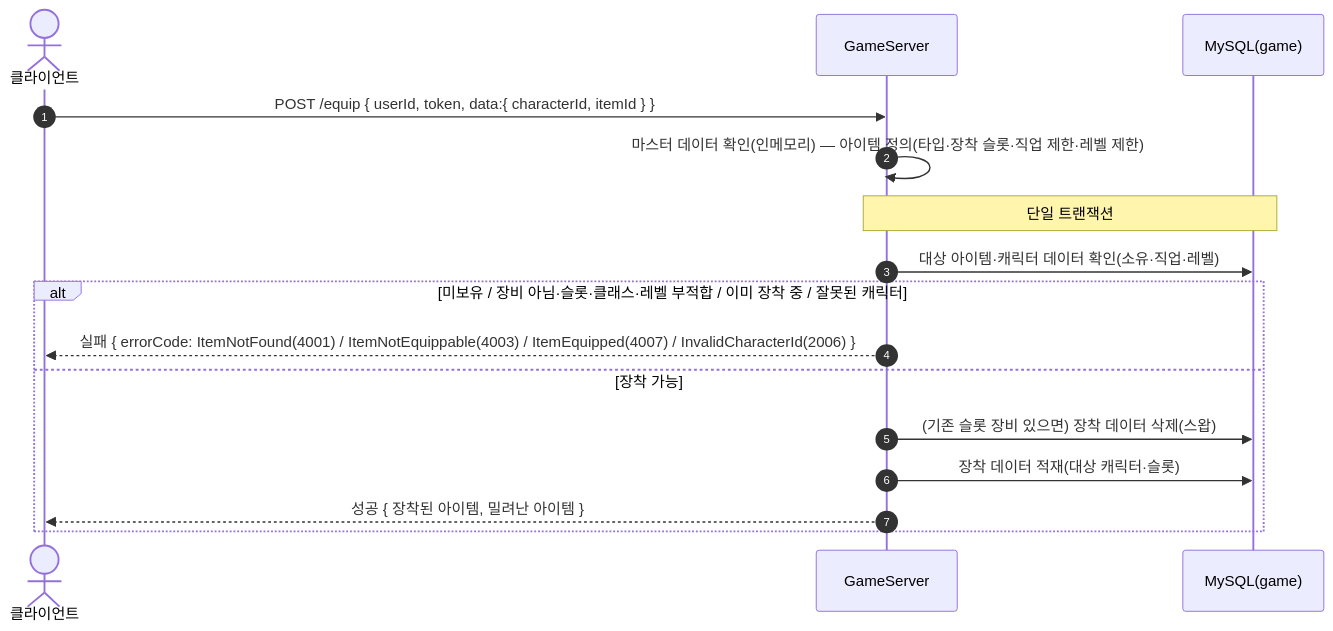
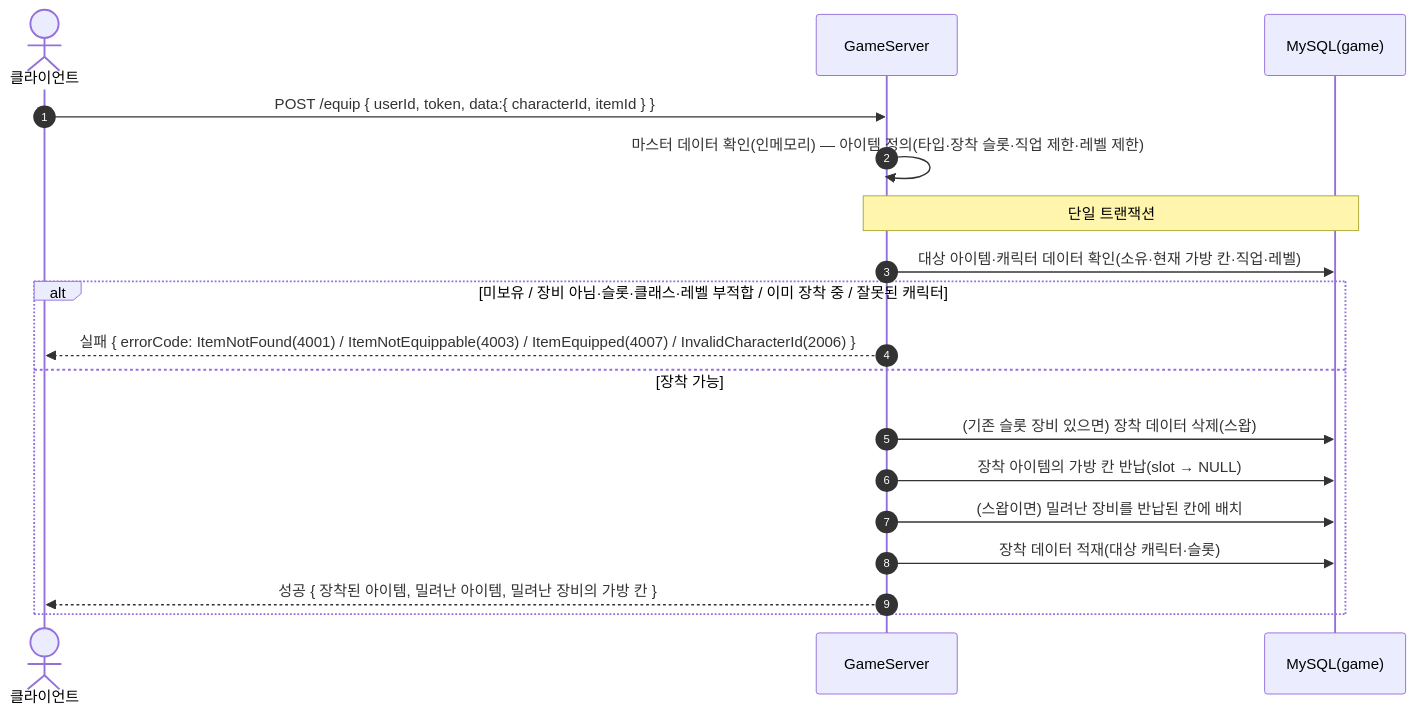
One commit to ks-wook/com2us-taskbar-hero changed diagram 11 of 32 in SequenceDiagram/README.md. Above: the diagram before and after it, drawn with Mermaid. The commit also changed other lines of this file and 33 other files, not shown here.

````diff
--- a/SequenceDiagram/README.md
+++ b/SequenceDiagram/README.md
@@ -326,19 +356,21 @@
 ```mermaid
 sequenceDiagram
     autonumber
     actor C as 클라이언트
     participant S as GameServer
     participant DB as MySQL(game)
 
     C->>S: POST /equip { userId, token, data:{ characterId, itemId } }
     S->>S: 마스터 데이터 확인(인메모리) — 아이템 정의(타입·장착 슬롯·직업 제한·레벨 제한)
     Note over S,DB: 단일 트랜잭션
-    S->>DB: 대상 아이템·캐릭터 데이터 확인(소유·직업·레벨)
+    S->>DB: 대상 아이템·캐릭터 데이터 확인(소유·현재 가방 칸·직업·레벨)
     alt 미보유 / 장비 아님·슬롯·클래스·레벨 부적합 / 이미 장착 중 / 잘못된 캐릭터
         S-->>C: 실패 { errorCode: ItemNotFound(4001) / ItemNotEquippable(4003) / ItemEquipped(4007) / InvalidCharacterId(2006) }
     else 장착 가능
         S->>DB: (기존 슬롯 장비 있으면) 장착 데이터 삭제(스왑)
+        S->>DB: 장착 아이템의 가방 칸 반납(slot → NULL)
+        S->>DB: (스왑이면) 밀려난 장비를 반납된 칸에 배치
         S->>DB: 장착 데이터 적재(대상 캐릭터·슬롯)
-        S-->>C: 성공 { 장착된 아이템, 밀려난 아이템 }
+        S-->>C: 성공 { 장착된 아이템, 밀려난 아이템, 밀려난 장비의 가방 칸 }
     end
 ```
````
